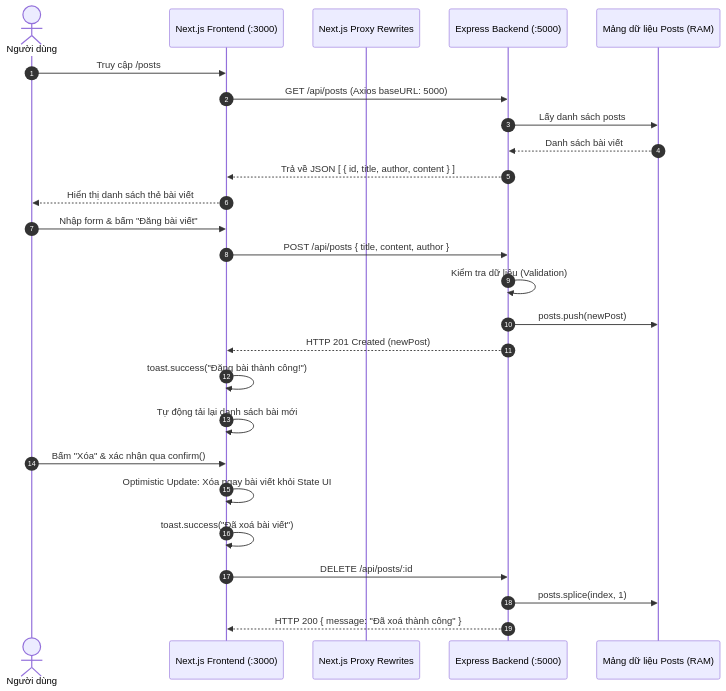
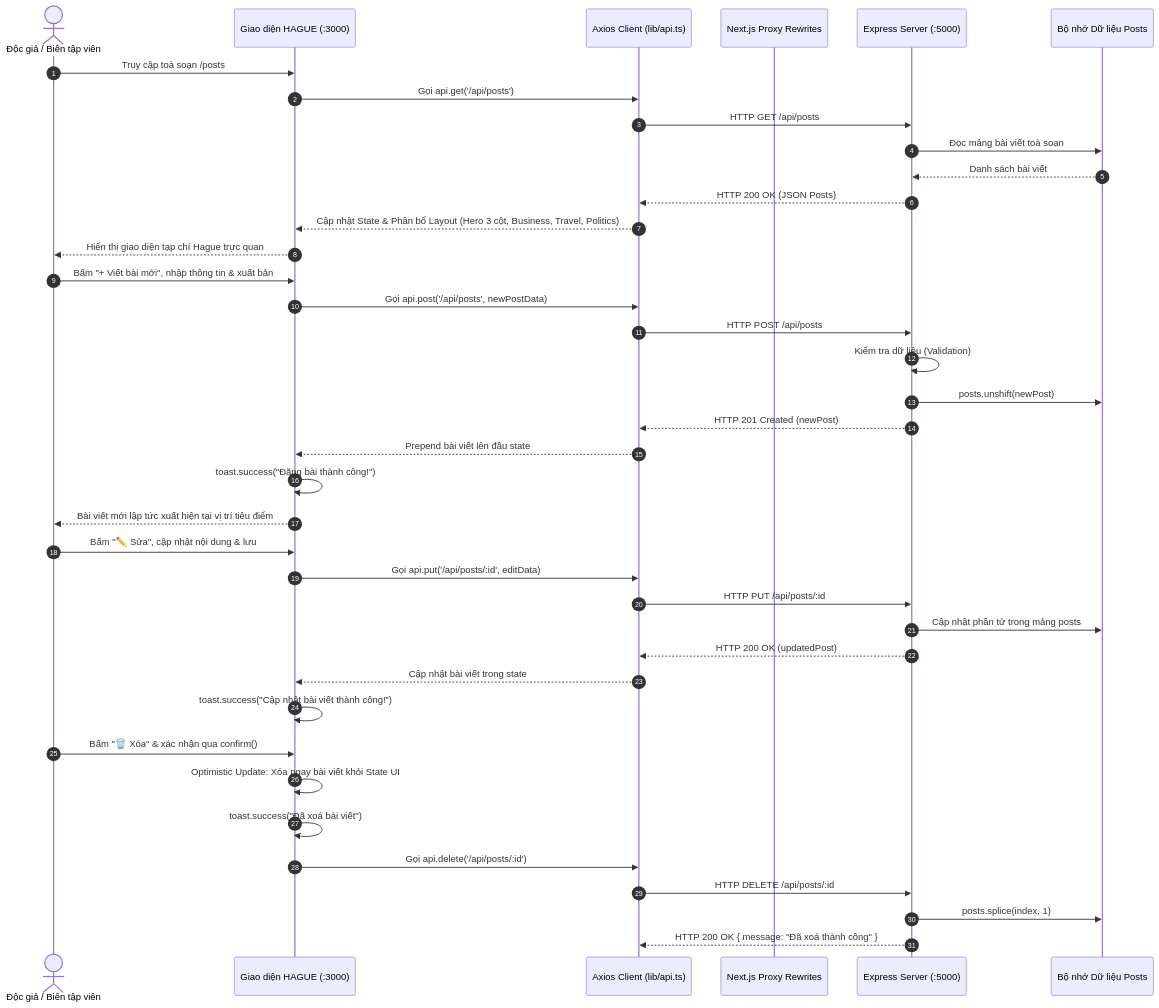
Before and after one commit to LuckSnow/N23DCPT054_NguyenThaiTuan_Web_Prac3a: the diagram in README.md, drawn with Mermaid. The commit also changed other lines of this file and 5 other files, not shown here.

Commit message:
feat(ui): tái thiết kế toàn bộ giao diện theo chuẩn toà soạn báo Hague và cập nhật README

````diff
--- a/README.md
+++ b/README.md
@@ -81,34 +85,49 @@
 ```mermaid
 sequenceDiagram
     autonumber
-    actor User as Người dùng
-    participant Frontend as Next.js Frontend (:3000)
+    actor User as Độc giả / Biên tập viên
+    participant UI as Giao diện HAGUE (:3000)
+    participant Axios as Axios Client (lib/api.ts)
     participant Proxy as Next.js Proxy Rewrites
-    participant Backend as Express Backend (:5000)
-    participant Memory as Mảng dữ liệu Posts (RAM)
+    participant API as Express Server (:5000)
+    participant RAM as Bộ nhớ Dữ liệu Posts
 
     %% Tải dữ liệu ban đầu
-    User->>Frontend: Truy cập /posts
-    Frontend->>Backend: GET /api/posts (Axios baseURL: 5000)
-    Backend->>Memory: Lấy danh sách posts
-    Memory-->>Backend: Danh sách bài viết
-    Backend-->>Frontend: Trả về JSON [ { id, title, author, content } ]
-    Frontend-->>User: Hiển thị danh sách thẻ bài viết
+    User->>UI: Truy cập toà soạn /posts
+    UI->>Axios: Gọi api.get('/api/posts')
+    Axios->>API: HTTP GET /api/posts
+    API->>RAM: Đọc mảng bài viết toà soạn
+    RAM-->>API: Danh sách bài viết
+    API-->>Axios: HTTP 200 OK (JSON Posts)
+    Axios-->>UI: Cập nhật State & Phân bổ Layout (Hero 3 cột, Business, Travel, Politics)
+    UI-->>User: Hiển thị giao diện tạp chí Hague trực quan
 
     %% Tạo bài viết mới
-    User->>Frontend: Nhập form & bấm "Đăng bài viết"
-    Frontend->>Backend: POST /api/posts { title, content, author }
-    Backend->>Backend: Kiểm tra dữ liệu (Validation)
-    Backend->>Memory: posts.push(newPost)
-    Backend-->>Frontend: HTTP 201 Created (newPost)
-    Frontend->>Frontend: toast.success("Đăng bài thành công!")
-    Frontend->>Frontend: Tự động tải lại danh sách bài mới
+    User->>UI: Bấm "+ Viết bài mới", nhập thông tin & xuất bản
+    UI->>Axios: Gọi api.post('/api/posts', newPostData)
+    Axios->>API: HTTP POST /api/posts
+    API->>API: Kiểm tra dữ liệu (Validation)
+    API->>RAM: posts.unshift(newPost)
+    API-->>Axios: HTTP 201 Created (newPost)
+    Axios-->>UI: Prepend bài viết lên đầu state
+    UI->>UI: toast.success("Đăng bài thành công!")
+    UI-->>User: Bài viết mới lập tức xuất hiện tại vị trí tiêu điểm
+
+    %% Chỉnh sửa bài viết (PUT)
+    User->>UI: Bấm "✏️ Sửa", cập nhật nội dung & lưu
+    UI->>Axios: Gọi api.put('/api/posts/:id', editData)
+    Axios->>API: HTTP PUT /api/posts/:id
+    API->>RAM: Cập nhật phần tử trong mảng posts
+    API-->>Axios: HTTP 200 OK (updatedPost)
+    Axios-->>UI: Cập nhật bài viết trong state
+    UI->>UI: toast.success("Cập nhật bài viết thành công!")
 
     %% Xóa bài viết (Optimistic Update)
-    User->>Frontend: Bấm "Xóa" & xác nhận qua confirm()
-    Frontend->>Frontend: Optimistic Update: Xóa ngay bài viết khỏi State UI
-    Frontend->>Frontend: toast.success("Đã xoá bài viết")
-    Frontend->>Backend: DELETE /api/posts/:id
-    Backend->>Memory: posts.splice(index, 1)
-    Backend-->>Frontend: HTTP 200 { message: "Đã xoá thành công" }
+    User->>UI: Bấm "🗑️ Xóa" & xác nhận qua confirm()
+    UI->>UI: Optimistic Update: Xóa ngay bài viết khỏi State UI
+    UI->>UI: toast.success("Đã xoá bài viết")
+    UI->>Axios: Gọi api.delete('/api/posts/:id')
+    Axios->>API: HTTP DELETE /api/posts/:id
+    API->>RAM: posts.splice(index, 1)
+    API-->>Axios: HTTP 200 OK { message: "Đã xoá thành công" }
 ```
````
